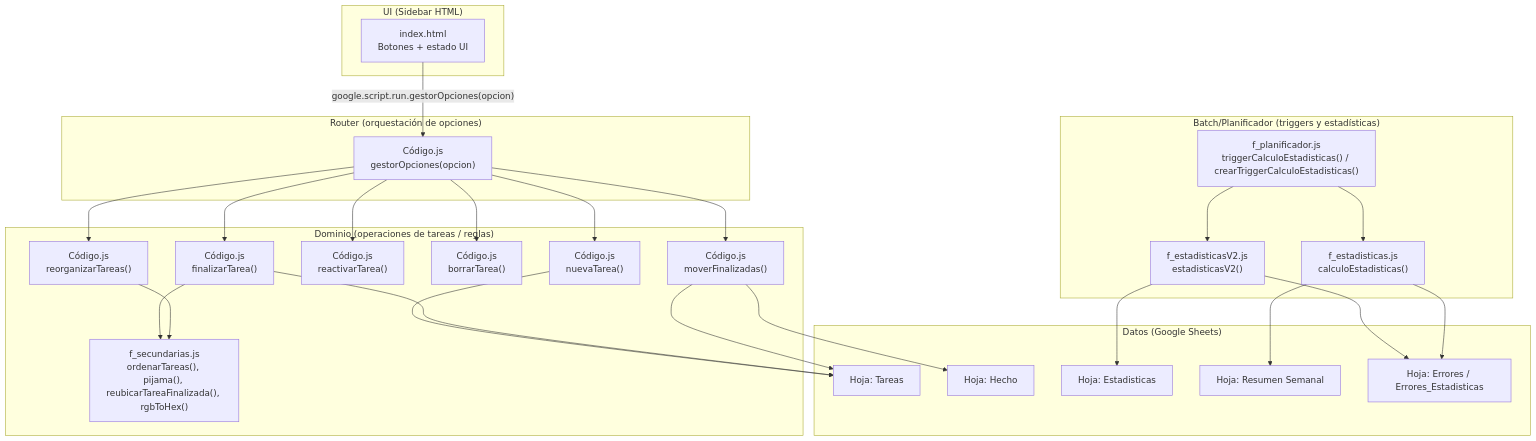
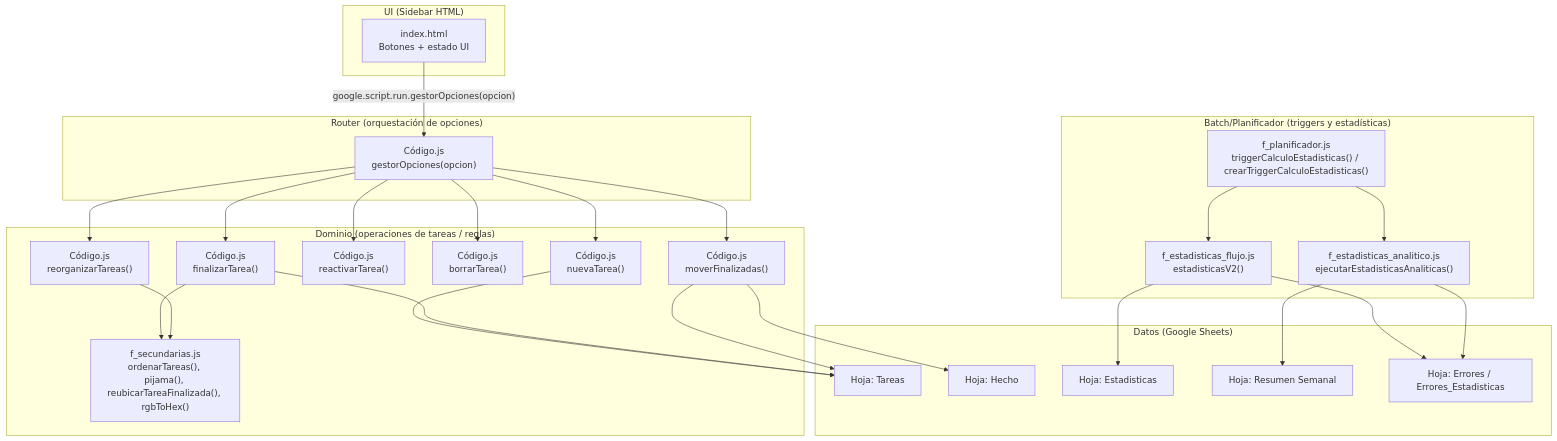
One commit to Luisky24/Gestion_Tareas_Susi changed the diagram in docs/ARCHITECTURE.md. Above: the diagram before and after it, drawn with Mermaid. The commit also changed other lines of this file and 23 other files, not shown here.

Commit message:
Decomisado estadisticas V3 y renombradas V2 como flujo y V1 como estadisticas

````diff
--- a/docs/ARCHITECTURE.md
+++ b/docs/ARCHITECTURE.md
@@ -13,56 +13,56 @@
 ```mermaid
 flowchart TB
   subgraph UI["UI (Sidebar HTML)"]
     IDX["index.html<br/>Botones + estado UI"] 
   end
 
   subgraph Router["Router (orquestación de opciones)"]
     GO["Código.js<br/>gestorOpciones(opcion)"]
   end
 
   subgraph Domain["Dominio (operaciones de tareas / reglas)"]
     NT["Código.js<br/>nuevaTarea()"]
     FT["Código.js<br/>finalizarTarea()"]
     RT["Código.js<br/>reactivarTarea()"]
     BT["Código.js<br/>borrarTarea()"]
     REO["Código.js<br/>reorganizarTareas()"]
     MV["Código.js<br/>moverFinalizadas()"]
     AUX["f_secundarias.js<br/>ordenarTareas(), pijama(), reubicarTareaFinalizada(), rgbToHex()"]
   end
 
   subgraph BatchStats["Batch/Planificador (triggers y estadísticas)"]
     TRG["f_planificador.js<br/>triggerCalculoEstadisticas() / crearTriggerCalculoEstadisticas()"]
-    EV2["f_estadisticasV2.js<br/>estadisticasV2()"]
-    ESEM["f_estadisticas.js<br/>calculoEstadisticas()"]
+    EV2["f_estadisticas_flujo.js<br/>estadisticasV2()"]
+    ESEM["f_estadisticas_analitico.js<br/>ejecutarEstadisticasAnaliticas()"]
   end
 
   subgraph Data["Datos (Google Sheets)"]
     H_T["Hoja: Tareas"]
     H_H["Hoja: Hecho"]
     H_E["Hoja: Estadisticas"]
     H_RS["Hoja: Resumen Semanal"]
     H_ERR["Hoja: Errores / Errores_Estadisticas"]
   end
 
   IDX -->|"google.script.run.gestorOpciones(opcion)"| GO
   GO --> NT
   GO --> FT
   GO --> RT
   GO --> BT
   GO --> REO
   GO --> MV
 
   NT --> H_T
   FT --> H_T
   FT --> AUX
   REO --> AUX
   MV --> H_T
   MV --> H_H
 
   TRG --> EV2
   TRG --> ESEM
   EV2 --> H_E
   EV2 --> H_ERR
   ESEM --> H_RS
   ESEM --> H_ERR
 ```
````
